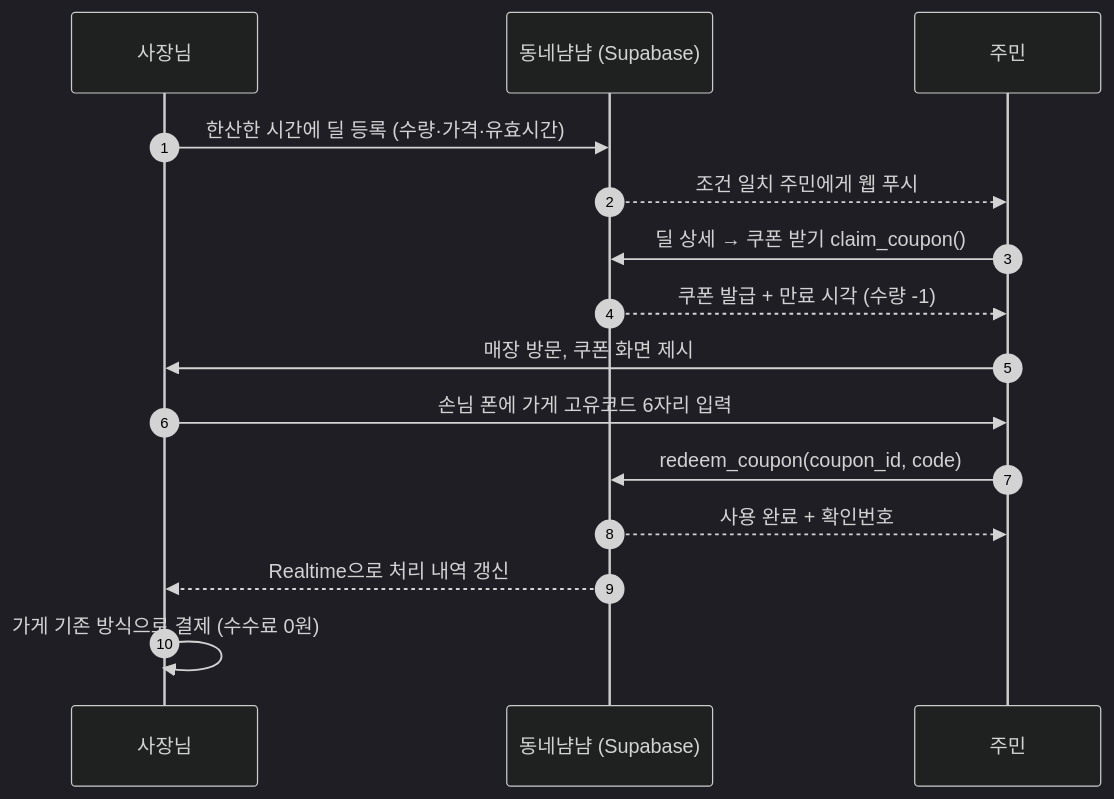
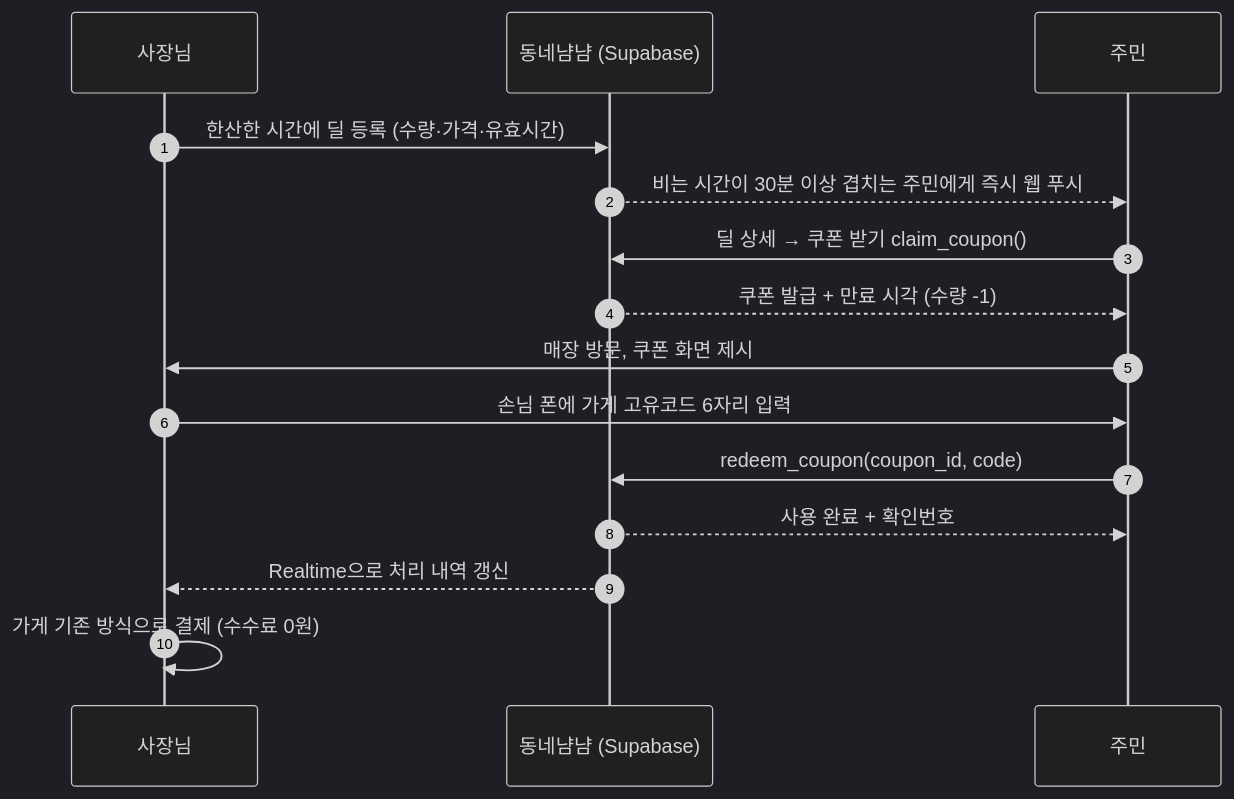
Before and after one commit to 2026-KW-HACKATHON/05_Last-pang: the first of 4 diagrams in README.md, drawn with Mermaid (dark theme). The commit also changed other lines of this file, not shown here.

````diff
--- a/README.md
+++ b/README.md
@@ -107,18 +114,18 @@
 ```mermaid
 sequenceDiagram
   autonumber
   participant O as 사장님
   participant S as 동네냠냠 (Supabase)
   participant R as 주민
 
   O->>S: 한산한 시간에 딜 등록 (수량·가격·유효시간)
-  S-->>R: 조건 일치 주민에게 웹 푸시
+  S-->>R: 비는 시간이 30분 이상 겹치는 주민에게 즉시 웹 푸시
   R->>S: 딜 상세 → 쿠폰 받기 claim_coupon()
   S-->>R: 쿠폰 발급 + 만료 시각 (수량 -1)
   R->>O: 매장 방문, 쿠폰 화면 제시
   O->>R: 손님 폰에 가게 고유코드 6자리 입력
   R->>S: redeem_coupon(coupon_id, code)
   S-->>R: 사용 완료 + 확인번호
   S-->>O: Realtime으로 처리 내역 갱신
   O->>O: 가게 기존 방식으로 결제 (수수료 0원)
 ```
````
